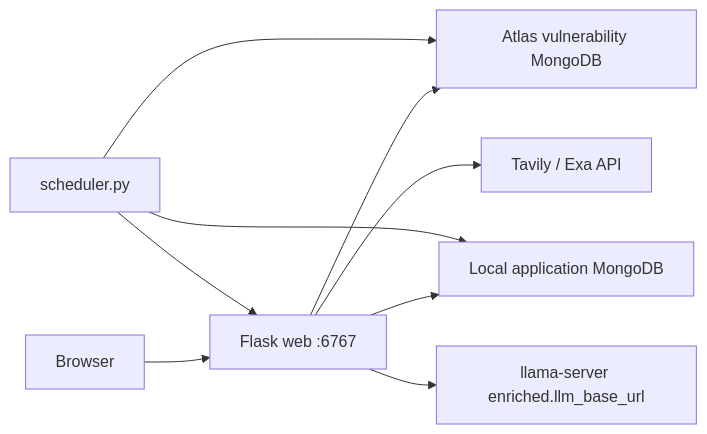
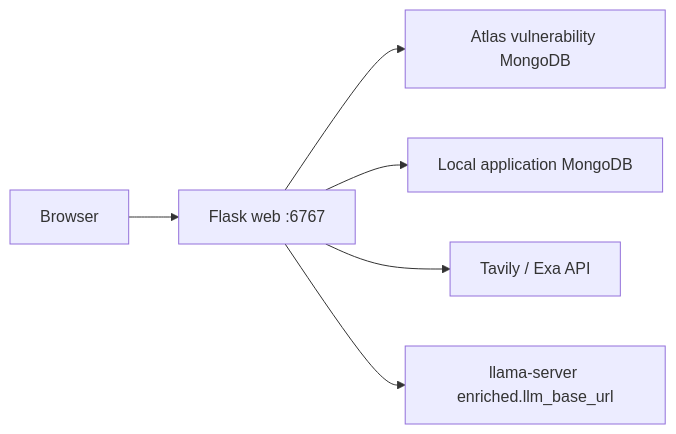
One commit to Benchan691/VulnBrief changed the diagram in README.md. Above: the diagram before and after it, drawn with Mermaid. The commit also changed other lines of this file and 15 other files, not shown here.

````diff
--- a/README.md
+++ b/README.md
@@ -14,11 +14,8 @@
 ```mermaid
 flowchart LR
   Browser --> Web["Flask web :6767"]
   Web --> Atlas["Atlas vulnerability MongoDB"]
   Web --> LocalMongo["Local application MongoDB"]
   Web --> Search["Tavily / Exa API"]
   Web --> Llama["llama-server enriched.llm_base_url"]
-  Scheduler["scheduler.py"] --> Atlas
-  Scheduler --> LocalMongo
-  Scheduler --> Web
 ```
````
